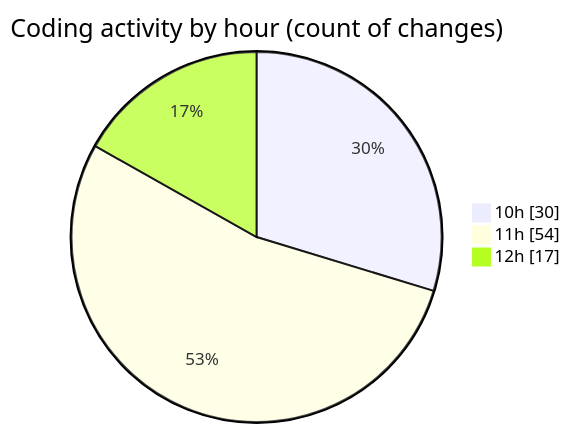
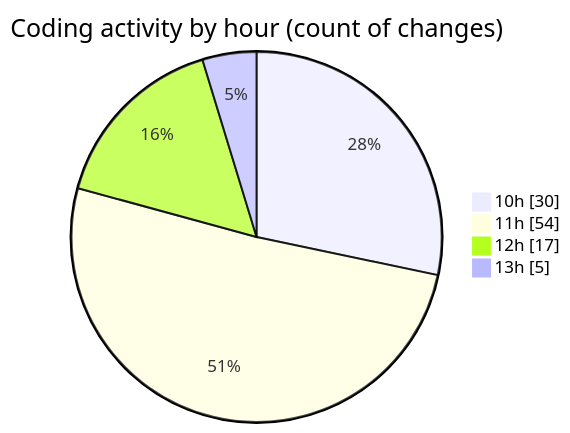
One commit to momahboobian/code-tracking changed the second of 2 diagrams in 2025-05-01/cda/README.md. Above: the diagram before and after it, drawn with Mermaid. The commit also changed other lines of this file and 1 other file, not shown here.

````diff
--- a/2025-05-01/cda/README.md
+++ b/2025-05-01/cda/README.md
@@ -40,7 +40,8 @@
 ```mermaid
 pie showData
 title Coding activity by hour (count of changes)
 "10h" : 30
 "11h" : 54
 "12h" : 17
+"13h" : 5
 ```
````
